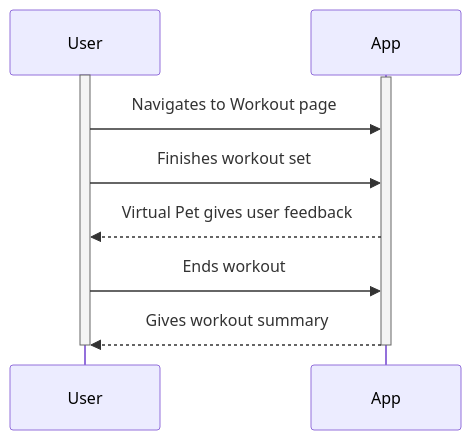
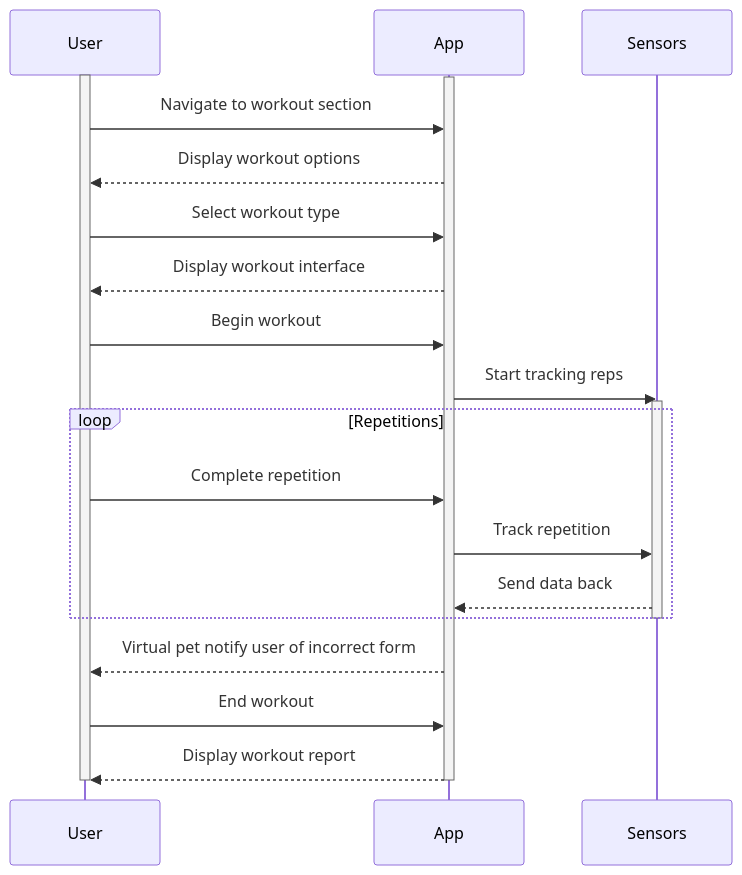
The ninth of 14 diagrams in documentation/docs/system-architecture/sequence-diagrams.md (Capstone-Projects-2024-Spring/project-smartweights), drawn with Mermaid before and after one commit. The commit also changed other lines of this file and 107 other files, not shown here.

````diff
--- a/documentation/docs/system-architecture/sequence-diagrams.md
+++ b/documentation/docs/system-architecture/sequence-diagrams.md
@@ -223,19 +302,32 @@
 ```mermaid 
 sequenceDiagram
     participant User
     participant App
     
+    participant Sensors
+    
+
     activate User
     activate App
-    User->>App: Navigates to Workout page
-    User->>App: Finishes workout set
-    App-->>User: Virtual Pet gives user feedback
-    User->>App: Ends workout
-    App-->>User: Gives workout summary
-
+    User->>App: Navigate to workout section
+    App-->>User: Display workout options
+    User->>App: Select workout type
+    App-->>User: Display workout interface
+    User->>App: Begin workout
+    App->>Sensors: Start tracking reps
+    activate Sensors
+    loop Repetitions
+        User->>App: Complete repetition
+        App->>Sensors: Track repetition
+        Sensors-->>App: Send data back
+    end
+    deactivate Sensors
+    App-->>User: Virtual pet notify user of incorrect form
+    User->>App: End workout
+    App-->>User: Display workout report
 
 
     deactivate User
     deactivate App
     
 ```
````
